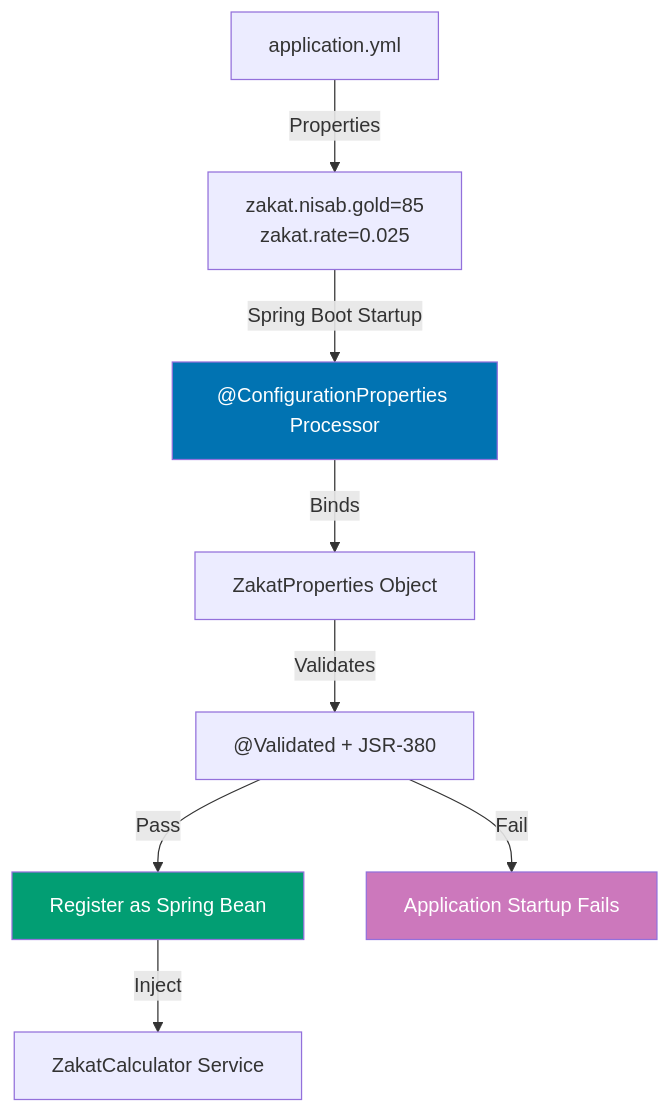
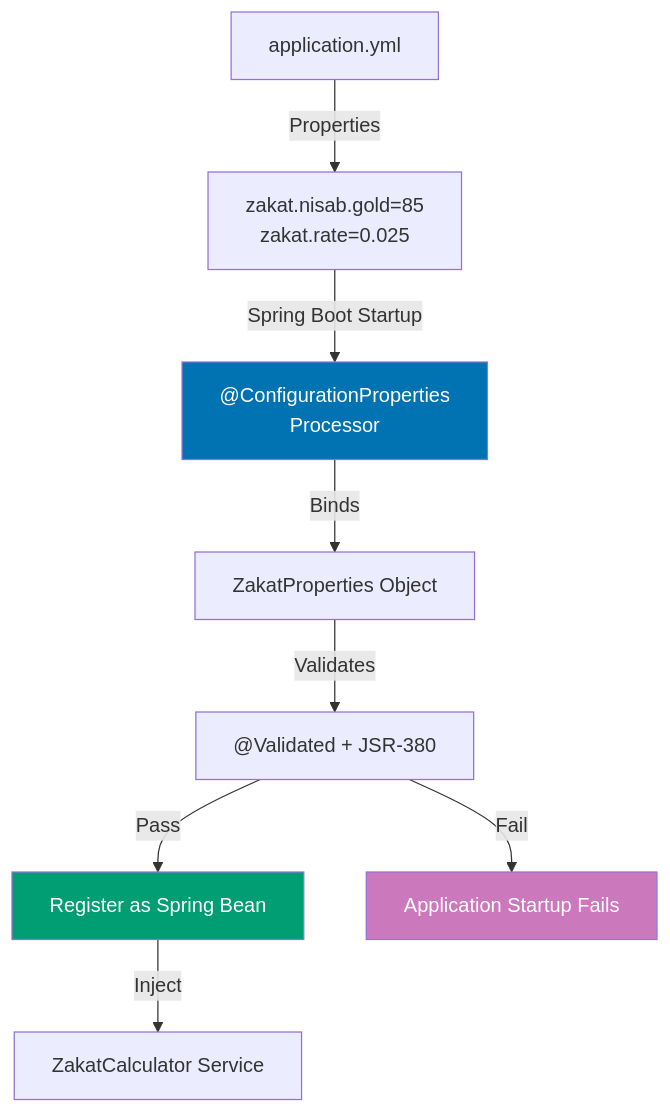
Before and after one commit to wahidyankf/baseerah: the diagram in apps/ayokoding-www/content/en/learn/software-engineering/platforms/web/tools/jvm-spring-boot/in-the-field/configuration-properties.md, drawn with Mermaid. The commit also changed 88 other files, not shown here.

First line of the commit message:
fix(ayokoding-www): resolve pre-existing Mermaid violations, exclude fixtures/plans-done

````diff
--- a/apps/ayokoding-www/content/en/learn/software-engineering/platforms/web/tools/jvm-spring-boot/in-the-field/configuration-properties.md
+++ b/apps/ayokoding-www/content/en/learn/software-engineering/platforms/web/tools/jvm-spring-boot/in-the-field/configuration-properties.md
@@ -225,14 +225,14 @@
 ```mermaid
 graph TD
     A["application.yml"] -->|"Properties"| B["zakat.nisab.gold=85<br/>zakat.rate=0.025"]
-    B -->|"Spring Boot Startup"| C["@ConfigurationProperties Processor"]
+    B -->|"Spring Boot Startup"| C["@ConfigurationProperties<br/>Processor"]
     C -->|"Binds"| D["ZakatProperties Object"]
     D -->|"Validates"| E["@Validated + JSR-380"]
     E -->|"Pass"| F["Register as Spring Bean"]
     E -->|"Fail"| G["Application Startup Fails"]
     F -->|"Inject"| H["ZakatCalculator Service"]
 
     style C fill:#0173B2,color:#fff
     style F fill:#029E73,color:#fff
     style G fill:#CC78BC,color:#fff
 ```
````
